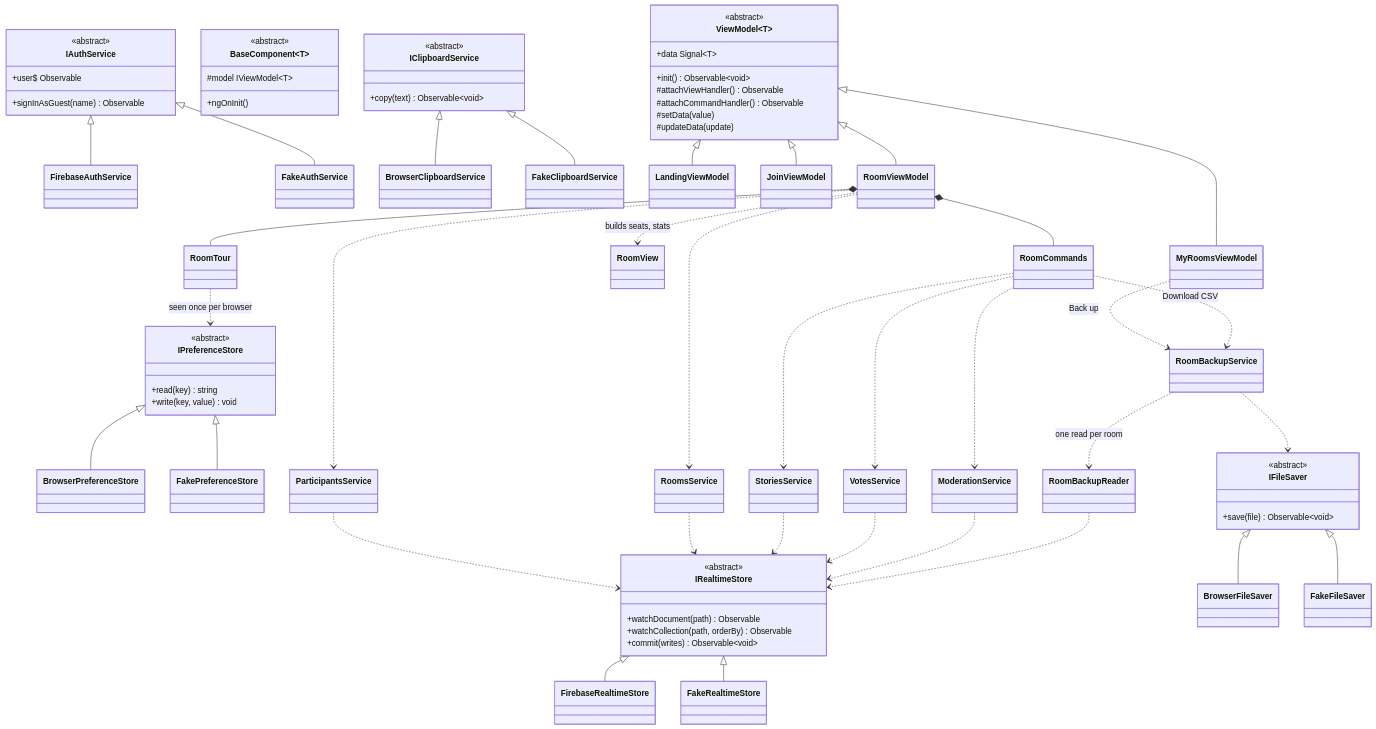
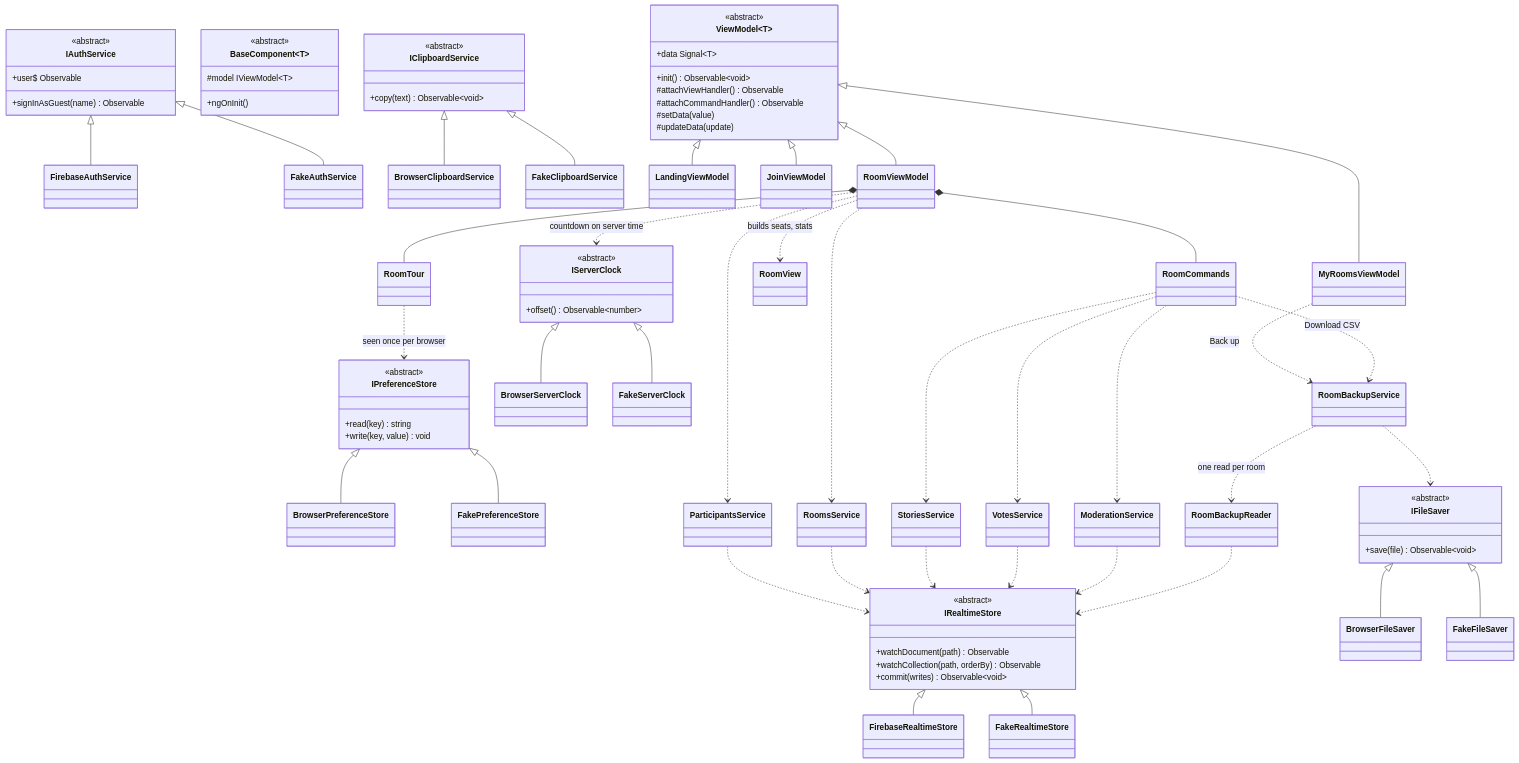
The diagram in docs/architecture/class-diagram.md (RaviAkhouri30/PlanningPoker), drawn with Mermaid before and after one commit. The commit also changed 17 other files, not shown here.

First line of the commit message:
fix(room): count the round down on the server's clock, not the device's (v1.10.3)

````diff
--- a/docs/architecture/class-diagram.md
+++ b/docs/architecture/class-diagram.md
@@ -3,75 +3,82 @@
 ```mermaid
 classDiagram
   class ViewModel~T~ {
     <<abstract>>
     +data Signal~T~
     +init() Observable~void~
     #attachViewHandler() Observable
     #attachCommandHandler() Observable
     #setData(value)
     #updateData(update)
   }
   class BaseComponent~T~ {
     <<abstract>>
     #model IViewModel~T~
     +ngOnInit()
   }
   class IRealtimeStore {
     <<abstract>>
     +watchDocument(path) Observable
     +watchCollection(path, orderBy) Observable
     +commit(writes) Observable~void~
   }
   class IAuthService {
     <<abstract>>
     +user$ Observable
     +signInAsGuest(name) Observable
   }
   class IClipboardService {
     <<abstract>>
     +copy(text) Observable~void~
   }
   class IPreferenceStore {
     <<abstract>>
     +read(key) string
     +write(key, value) void
   }
   IRealtimeStore <|-- FirebaseRealtimeStore
   IRealtimeStore <|-- FakeRealtimeStore
   IAuthService <|-- FirebaseAuthService
   IAuthService <|-- FakeAuthService
   IClipboardService <|-- BrowserClipboardService
   IClipboardService <|-- FakeClipboardService
   IPreferenceStore <|-- BrowserPreferenceStore
   IPreferenceStore <|-- FakePreferenceStore
   class IFileSaver {
     <<abstract>>
     +save(file) Observable~void~
   }
   IFileSaver <|-- BrowserFileSaver
   IFileSaver <|-- FakeFileSaver
+  class IServerClock {
+    <<abstract>>
+    +offset() Observable~number~
+  }
+  IServerClock <|-- BrowserServerClock
+  IServerClock <|-- FakeServerClock
 
   ViewModel <|-- LandingViewModel
   ViewModel <|-- JoinViewModel
   ViewModel <|-- RoomViewModel
   RoomViewModel *-- RoomCommands
   RoomViewModel *-- RoomTour
   RoomTour ..> IPreferenceStore : seen once per browser
   RoomViewModel ..> RoomView : builds seats, stats
+  RoomViewModel ..> IServerClock : countdown on server time
   RoomCommands ..> ModerationService
   RoomCommands ..> VotesService
   RoomCommands ..> StoriesService
   RoomCommands ..> RoomBackupService : Download CSV
   ViewModel <|-- MyRoomsViewModel
   MyRoomsViewModel ..> RoomBackupService : Back up
   RoomBackupService ..> RoomBackupReader : one read per room
   RoomBackupService ..> IFileSaver
   RoomBackupReader ..> IRealtimeStore
   RoomViewModel ..> RoomsService
   RoomViewModel ..> ParticipantsService
   ModerationService ..> IRealtimeStore
   VotesService ..> IRealtimeStore
   StoriesService ..> IRealtimeStore
   RoomsService ..> IRealtimeStore
   ParticipantsService ..> IRealtimeStore
 ```
````
